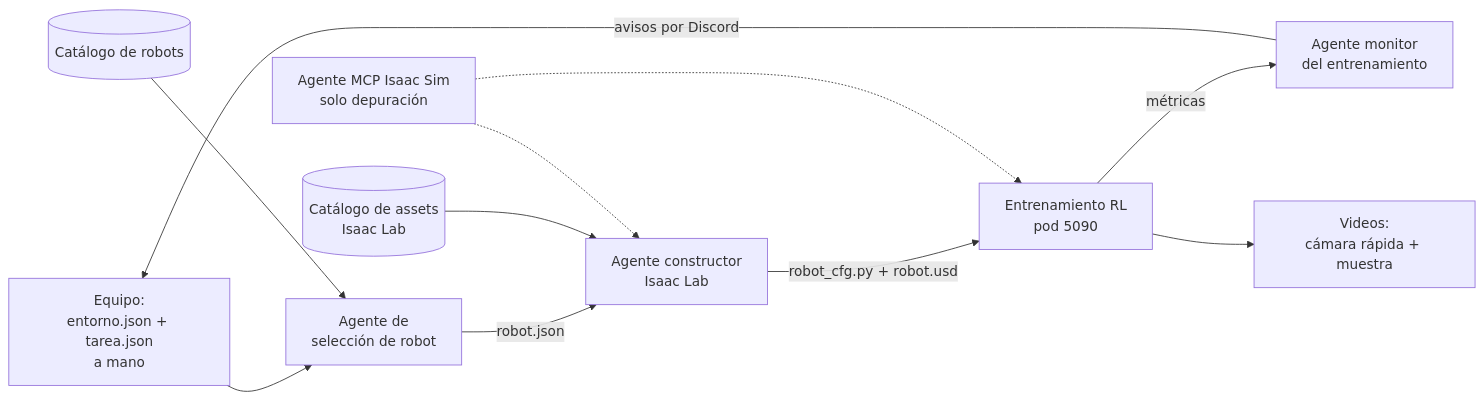
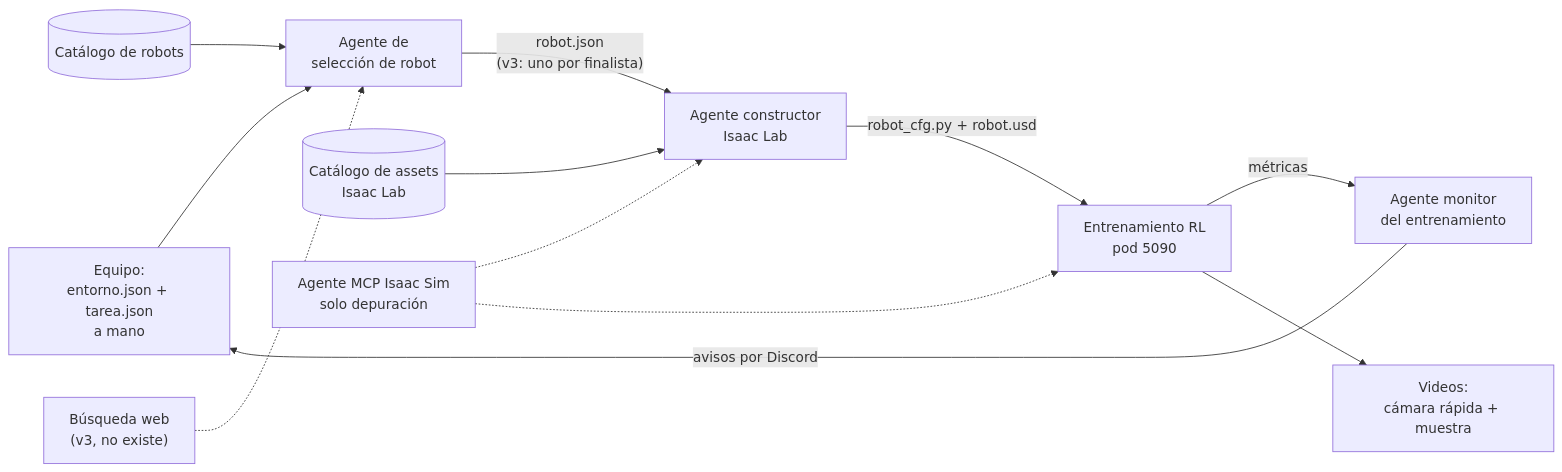
Before and after one commit to platanus-hack/platanus-hack-26-cl-team-4: the diagram in docs/agentes/README.md, drawn with Mermaid. The commit also changed other lines of this file and 2 other files, not shown here.

Commit message:
docs(agentes): contrato v3 de la selección de robot
seleccion-robot.md describe el flujo nuevo en 7 pasos: requisitos por
perfil de dominio, búsqueda web, descarte por reglas, selección de 1 a 3
finalistas, una corrida hija por finalista, reuso de modelos comprobados
y comparación por reglas.

Una tabla al inicio separa lo que existe y está probado de lo que no
existe. Hoy el código implementa la v2: un robot, catálogo cerrado y
criterios solares en el prompt.

seleccion-robot-flujo.md explica el porqué con 7 diagramas Mermaid. Cada
diagrama repite el anterior, agrega una parte y nombra el PR que la
implementa. Los 7 se dibujan sin errores con mermaid-cli 11.4.2.

El contrato lista las decisiones abiertas: costo de entrenar 3
finalistas, prioridad de los requerimientos nuevos, alcance de la
generalización y fichas sin el bloque fisica.

````diff
--- a/docs/agentes/README.md
+++ b/docs/agentes/README.md
@@ -9,12 +9,13 @@
 ```mermaid
 flowchart LR
   H["Equipo:<br/>entorno.json + tarea.json<br/>a mano"] --> ROB["Agente de<br/>selección de robot"]
   CAT[(Catálogo de robots)] --> ROB
-  ROB -->|robot.json| CON["Agente constructor<br/>Isaac Lab"]
+  WEBB["Búsqueda web<br/>(v3, no existe)"] -.-> ROB
+  ROB -->|"robot.json<br/>(v3: uno por finalista)"| CON["Agente constructor<br/>Isaac Lab"]
   ASS[(Catálogo de assets<br/>Isaac Lab)] --> CON
   CON -->|robot_cfg.py + robot.usd| RL["Entrenamiento RL<br/>pod 5090"]
   RL -->|métricas| MON["Agente monitor<br/>del entrenamiento"]
   MON -->|avisos por Discord| H
   RL --> V["Videos:<br/>cámara rápida + muestra"]
   MCP["Agente MCP Isaac Sim<br/>solo depuración"] -.-> CON & RL
 ```
````
